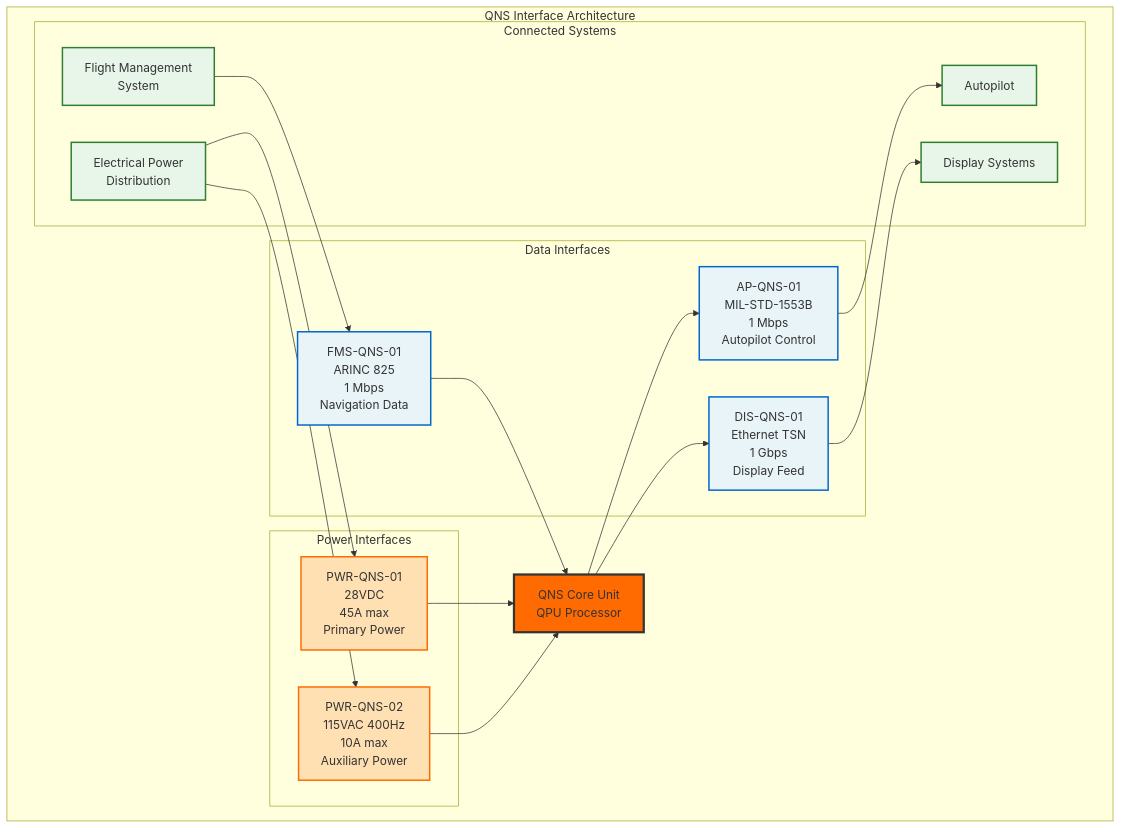
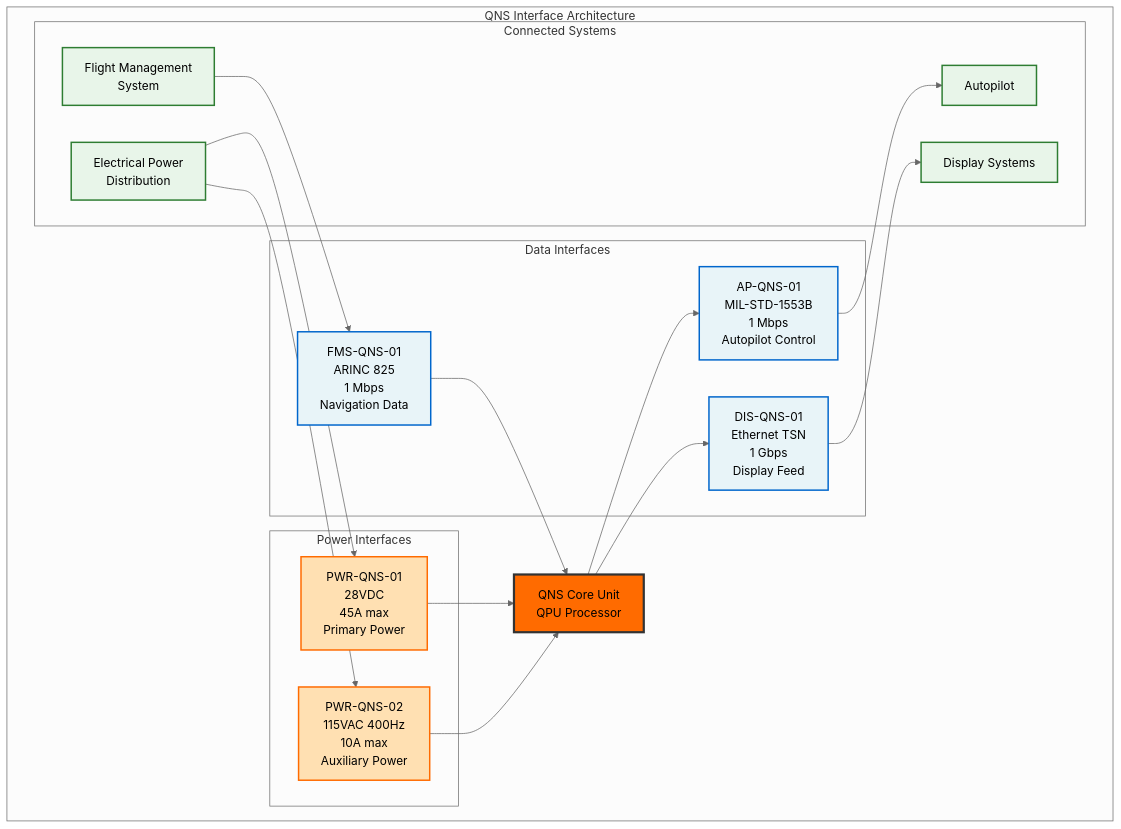
Before and after one commit to Robbbo-T/A-Q-U-A_V: the third of 7 diagrams in PRODUCT_LINES/QUANTUM/QUANTUM_SOFTWARE/DESIGN/QNS_NAVIGATION/DES_INTEGRATION/QUA-QNS01-25SVD0001-DES-BOB-IND-TD-QCSAA-918-000-00-01-TPL-DES-220-QIND-v1.0.0.md, drawn with Mermaid. The commit also changed other lines of this file, not shown here.

````diff
--- a/PRODUCT_LINES/QUANTUM/QUANTUM_SOFTWARE/DESIGN/QNS_NAVIGATION/DES_INTEGRATION/QUA-QNS01-25SVD0001-DES-BOB-IND-TD-QCSAA-918-000-00-01-TPL-DES-220-QIND-v1.0.0.md
+++ b/PRODUCT_LINES/QUANTUM/QUANTUM_SOFTWARE/DESIGN/QNS_NAVIGATION/DES_INTEGRATION/QUA-QNS01-25SVD0001-DES-BOB-IND-TD-QCSAA-918-000-00-01-TPL-DES-220-QIND-v1.0.0.md
@@ -163,49 +165,50 @@
 ```mermaid
+%%{init: {'theme':'neutral', 'themeVariables': {'primaryTextColor':'#000', 'primaryColor':'#ff6b00', 'secondaryColor':'#e8f4f8'}}}%%
 graph TB
     subgraph "QNS Interface Architecture"
         QNS[QNS Core Unit<br/>QPU Processor]
         
         subgraph "Data Interfaces"
             FMS_IF[FMS-QNS-01<br/>ARINC 825<br/>1 Mbps<br/>Navigation Data]
             AP_IF[AP-QNS-01<br/>MIL-STD-1553B<br/>1 Mbps<br/>Autopilot Control]
             DIS_IF[DIS-QNS-01<br/>Ethernet TSN<br/>1 Gbps<br/>Display Feed]
         end
         
         subgraph "Power Interfaces"
             PWR1[PWR-QNS-01<br/>28VDC<br/>45A max<br/>Primary Power]
             PWR2[PWR-QNS-02<br/>115VAC 400Hz<br/>10A max<br/>Auxiliary Power]
         end
         
         subgraph "Connected Systems"
             FMS[Flight Management<br/>System]
             AP[Autopilot]
             DIS[Display Systems]
             EPDS[Electrical Power<br/>Distribution]
         end
     end
     
     %% Data connections
     FMS --> FMS_IF
     FMS_IF --> QNS
     QNS --> AP_IF
     AP_IF --> AP
     QNS --> DIS_IF
     DIS_IF --> DIS
     
     %% Power connections
     EPDS --> PWR1
     EPDS --> PWR2
     PWR1 --> QNS
     PWR2 --> QNS
     
     %% Styling
-    classDef core fill:#ff6b00,stroke:#333,stroke-width:3px
-    classDef data fill:#e8f4f8,stroke:#0066cc,stroke-width:2px
-    classDef power fill:#ffe0b2,stroke:#ff6b00,stroke-width:2px
-    classDef system fill:#e8f5e9,stroke:#2e7d32,stroke-width:2px
+    classDef core fill:#ff6b00,stroke:#333,stroke-width:3px,color:#000
+    classDef data fill:#e8f4f8,stroke:#0066cc,stroke-width:2px,color:#000
+    classDef power fill:#ffe0b2,stroke:#ff6b00,stroke-width:2px,color:#000
+    classDef system fill:#e8f5e9,stroke:#2e7d32,stroke-width:2px,color:#000
     
     class QNS core
     class FMS_IF,AP_IF,DIS_IF data
     class PWR1,PWR2 power
     class FMS,AP,DIS,EPDS system
 ```
````
